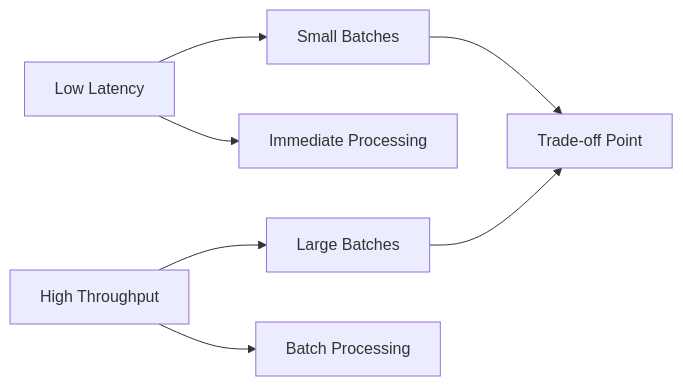
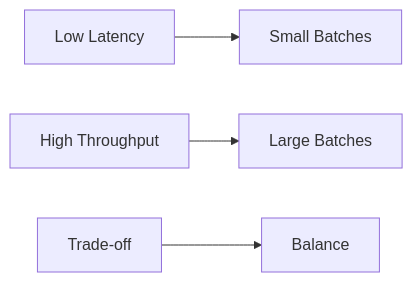
Before and after one commit to VrushankPatel/interview-matters: the diagram in latency-and-throughput-zero-to-hero/README.md, drawn with Mermaid. The commit also changed other lines of this file and 4 other files, not shown here.

````diff
--- a/latency-and-throughput-zero-to-hero/README.md
+++ b/latency-and-throughput-zero-to-hero/README.md
@@ -49,9 +26,6 @@
 ```mermaid
 graph LR
     A[Low Latency] --> B[Small Batches]
-    A --> C[Immediate Processing]
-    D[High Throughput] --> E[Large Batches]
-    D --> F[Batch Processing]
-    B --> G[Trade-off Point]
-    E --> G
+    C[High Throughput] --> D[Large Batches]
+    E[Trade-off] --> F[Balance]
 ```
````
